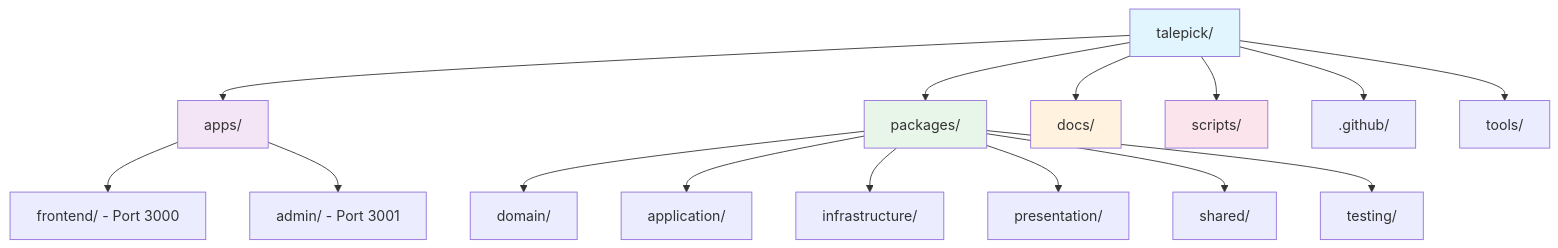
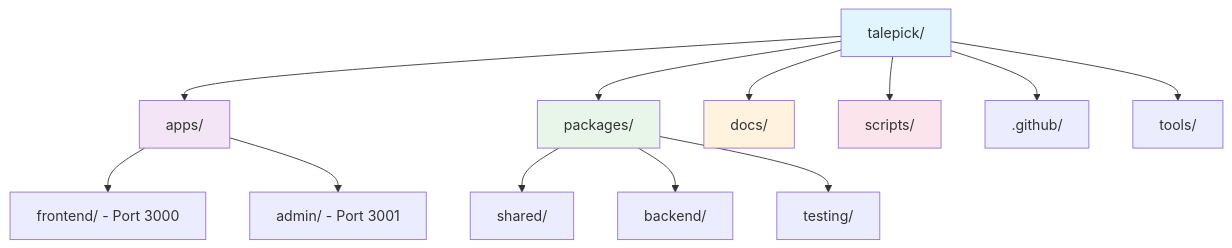
Before and after one commit to 90n9/talepick: the first of 12 diagrams in FOLDER_STRUCTURE.md, drawn with Mermaid. The commit also changed other lines of this file and 46 other files, not shown here.

````diff
--- a/FOLDER_STRUCTURE.md
+++ b/FOLDER_STRUCTURE.md
@@ -9,25 +9,22 @@
 ```mermaid
 graph TD
     A[talepick/] --> B[apps/]
     A --> C[packages/]
     A --> D[docs/]
     A --> E[scripts/]
     A --> F[.github/]
     A --> G[tools/]
 
     B --> B1[frontend/ - Port 3000]
     B --> B2[admin/ - Port 3001]
 
-    C --> C1[domain/]
-    C --> C2[application/]
-    C --> C3[infrastructure/]
-    C --> C4[presentation/]
-    C --> C5[shared/]
-    C --> C6[testing/]
+    C --> C1[shared/]
+    C --> C2[backend/]
+    C --> C3[testing/]
 
     style A fill:#e1f5fe
     style B fill:#f3e5f5
     style C fill:#e8f5e9
     style D fill:#fff3e0
     style E fill:#fce4ec
 ```
````
